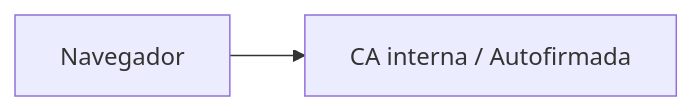
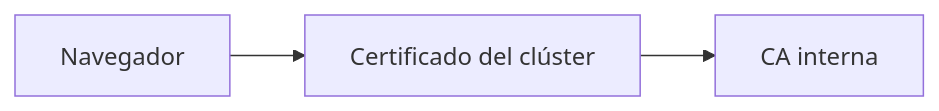
One commit to ieftraining/curso-openshift changed the tenth of 10 diagrams in docs/sesion2/2.2 Exponer aplicaciones.md. Above: the diagram before and after it, drawn with Mermaid. The commit also changed other lines of this file, not shown here.

````diff
--- a/docs/sesion2/2.2 Exponer aplicaciones.md
+++ b/docs/sesion2/2.2 Exponer aplicaciones.md
@@ -420,7 +459,8 @@
 ```mermaid
 flowchart LR
     N[Navegador]
-    CA[CA interna / Autofirmada]
-
-    N --> CA
+    C[Certificado del clúster]
+    CA[CA interna]
+    N --> C
+    C --> CA
 ```
````
